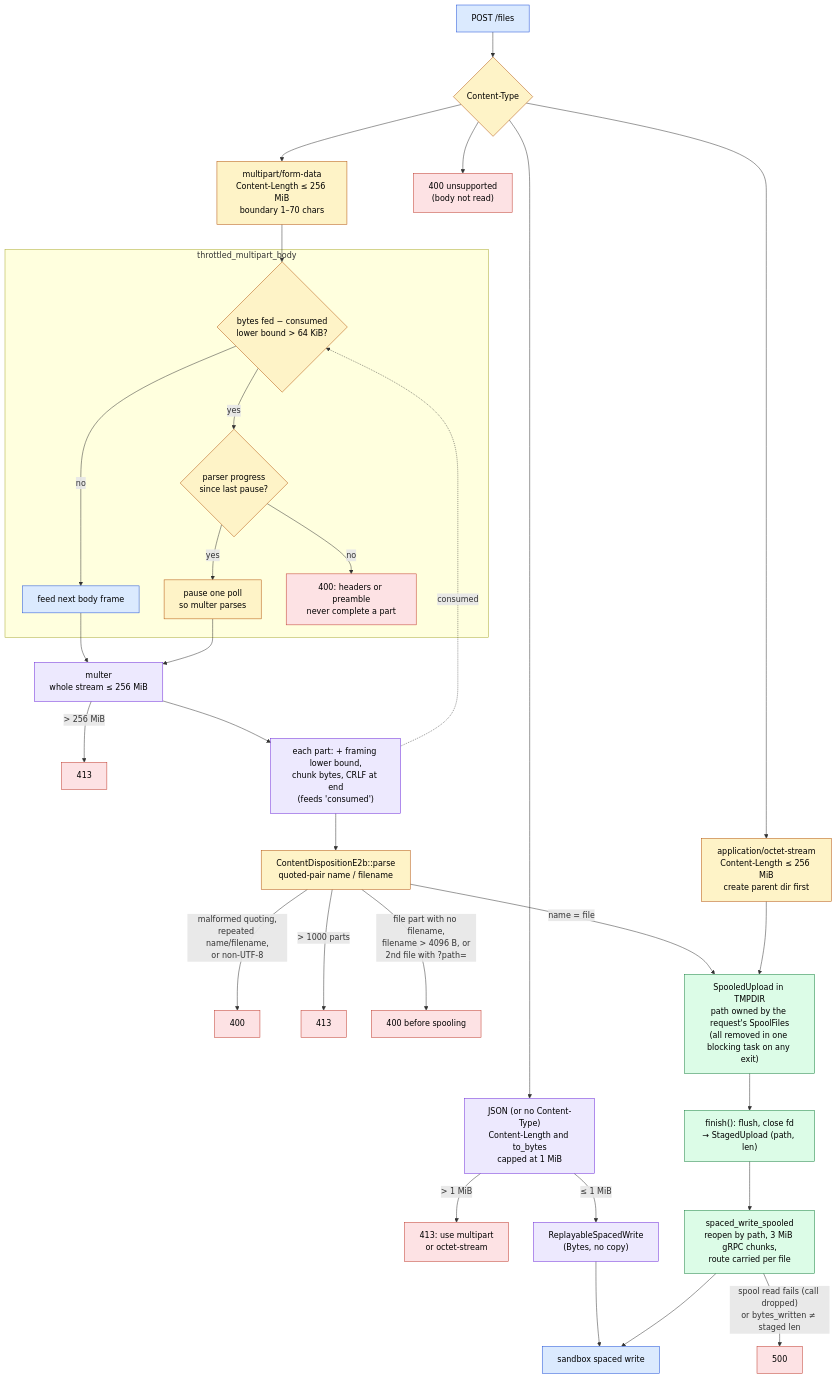
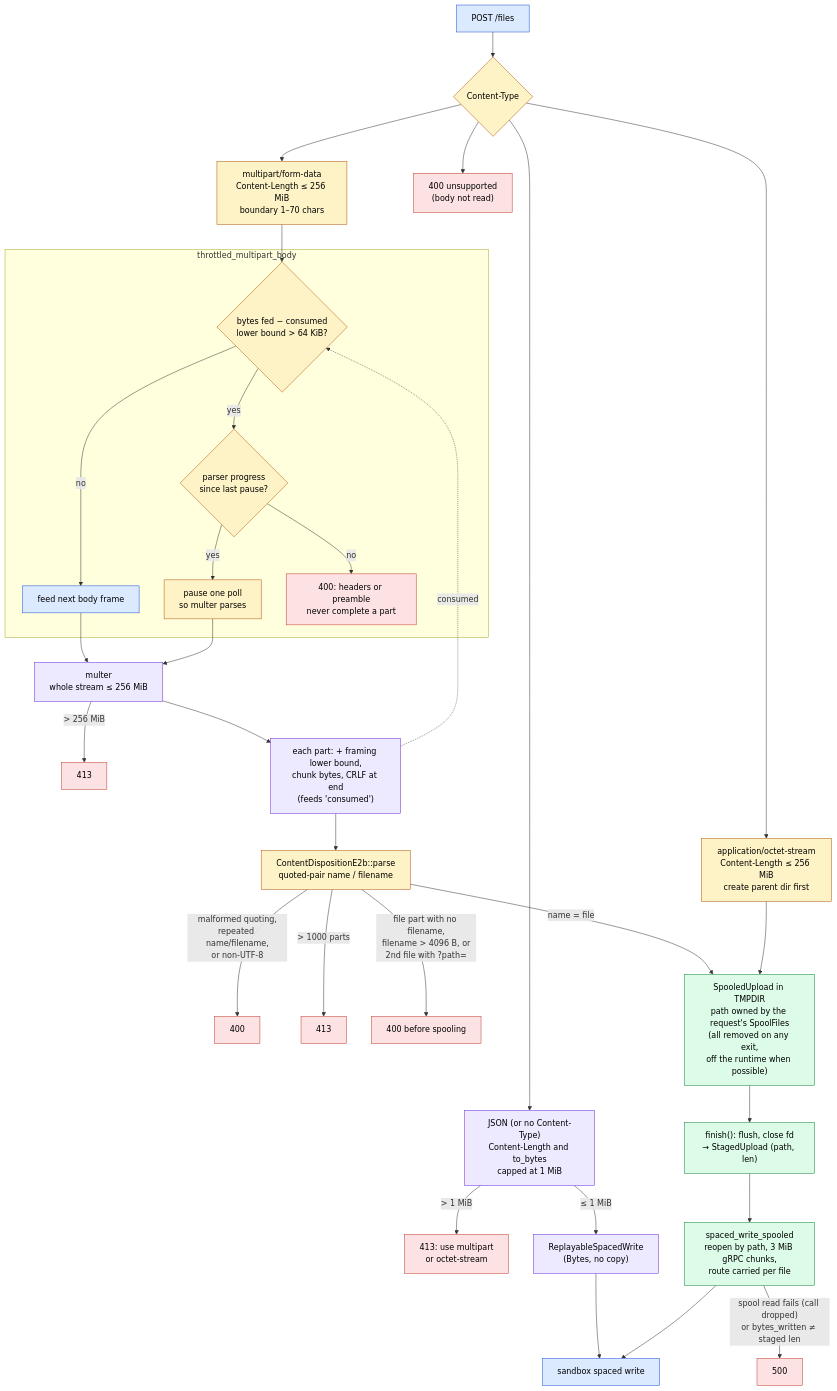
Before and after one commit to perplexityai/SPACE: the diagram in docs/space/diagrams/ecw-file-upload-streaming.mmd, drawn with Mermaid. The commit also changed 5 other files, not shown here.

```diff
--- a/docs/space/diagrams/ecw-file-upload-streaming.mmd
+++ b/docs/space/diagrams/ecw-file-upload-streaming.mmd
@@ -1,51 +1,51 @@
 flowchart TD
   classDef client fill:#dbeafe,stroke:#1d4ed8,color:#000
   classDef gate fill:#fef3c7,stroke:#b45309,color:#000
   classDef disk fill:#dcfce7,stroke:#15803d,color:#000
   classDef mem fill:#ede9fe,stroke:#6d28d9,color:#000
   classDef reject fill:#fde2e4,stroke:#c0392b,color:#000
 
   req["POST /files"]:::client
   ct{"Content-Type"}:::gate
   req --> ct
 
   json["JSON (or no Content-Type)<br/>Content-Length and to_bytes<br/>capped at 1 MiB"]:::mem
   oct["application/octet-stream<br/>Content-Length ≤ 256 MiB<br/>create parent dir first"]:::gate
   mp["multipart/form-data<br/>Content-Length ≤ 256 MiB<br/>boundary 1–70 chars"]:::gate
   other["400 unsupported<br/>(body not read)"]:::reject
   ct --> json
   ct --> oct
   ct --> mp
   ct --> other
 
   json -->|"> 1 MiB"| r413a["413: use multipart<br/>or octet-stream"]:::reject
   json -->|"≤ 1 MiB"| replay["ReplayableSpacedWrite<br/>(Bytes, no copy)"]:::mem
 
   subgraph feed["throttled_multipart_body"]
     thr{"bytes fed − consumed<br/>lower bound > 64 KiB?"}:::gate
     prog{"parser progress<br/>since last pause?"}:::gate
     pause["pause one poll<br/>so multer parses"]:::gate
     frame["feed next body frame"]:::client
     thr -->|"yes"| prog
     prog -->|"yes"| pause
     prog -->|"no"| r400a["400: headers or preamble<br/>never complete a part"]:::reject
     thr -->|"no"| frame
   end
 
   mp --> thr
   frame --> multer["multer<br/>whole stream ≤ 256 MiB"]:::mem
   pause --> multer
   multer -->|"> 256 MiB"| r413b["413"]:::reject
   multer --> part["each part: + framing lower bound,<br/>chunk bytes, CRLF at end<br/>(feeds 'consumed')"]:::mem
   part -.->|"consumed"| thr
   part --> cd["ContentDispositionE2b::parse<br/>quoted-pair name / filename"]:::gate
   cd -->|"malformed quoting,<br/>repeated name/filename,<br/>or non-UTF-8"| r400b["400"]:::reject
   cd -->|"> 1000 parts"| r413c["413"]:::reject
   cd -->|"file part with no filename,<br/>filename > 4096 B, or<br/>2nd file with ?path="| r400c["400 before spooling"]:::reject
   cd -->|"name = file"| spool
-  oct --> spool["SpooledUpload in TMPDIR<br/>path owned by the request's SpoolFiles<br/>(all removed in one blocking task on any exit)"]:::disk
+  oct --> spool["SpooledUpload in TMPDIR<br/>path owned by the request's SpoolFiles<br/>(all removed on any exit,<br/>off the runtime when possible)"]:::disk
   spool --> fin["finish(): flush, close fd<br/>→ StagedUpload (path, len)"]:::disk
   fin --> write["spaced_write_spooled<br/>reopen by path, 3 MiB gRPC chunks,<br/>route carried per file"]:::disk
   write -->|"spool read fails (call dropped)<br/>or bytes_written ≠ staged len"| r500["500"]:::reject
   replay --> rpc["sandbox spaced write"]:::client
   write --> rpc
```
